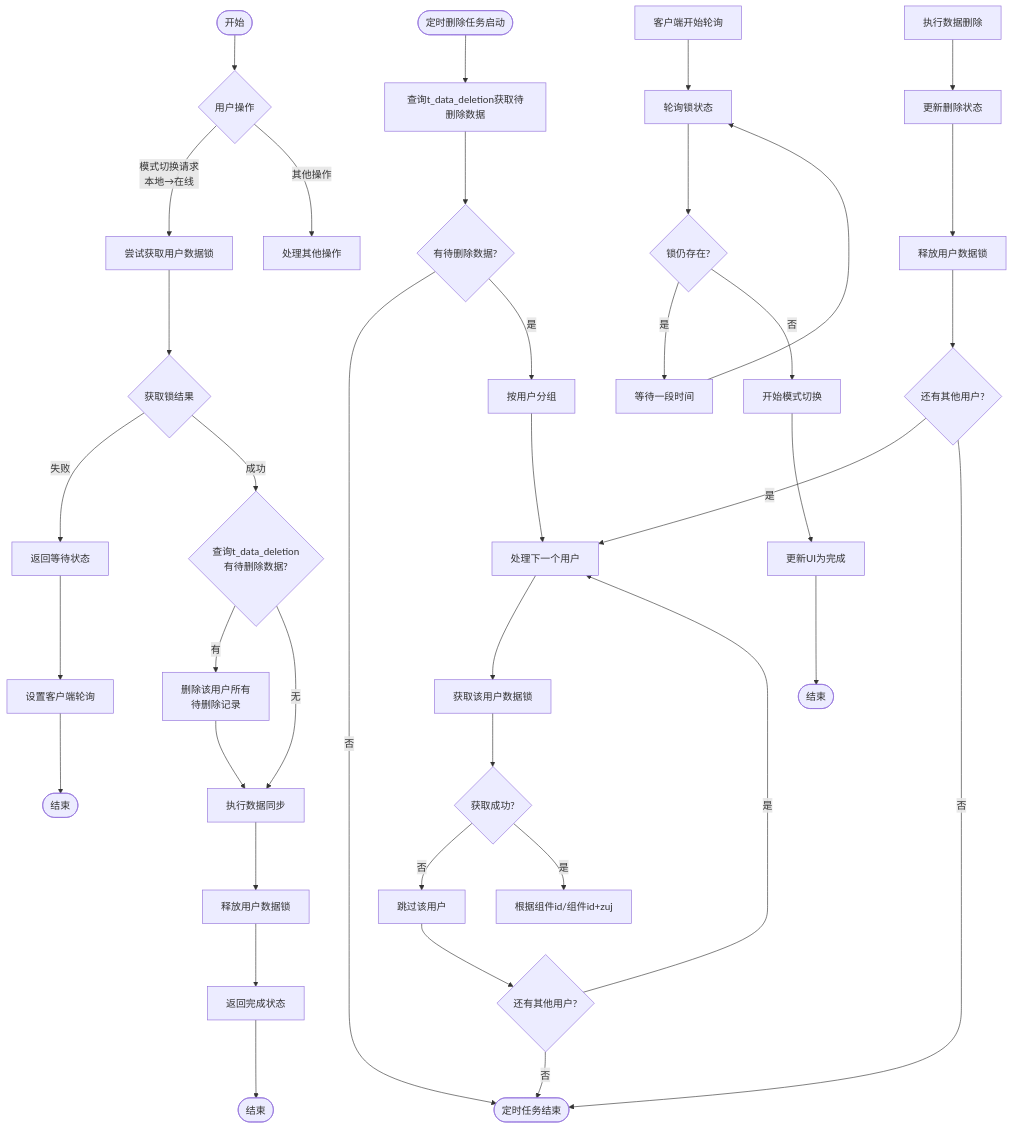
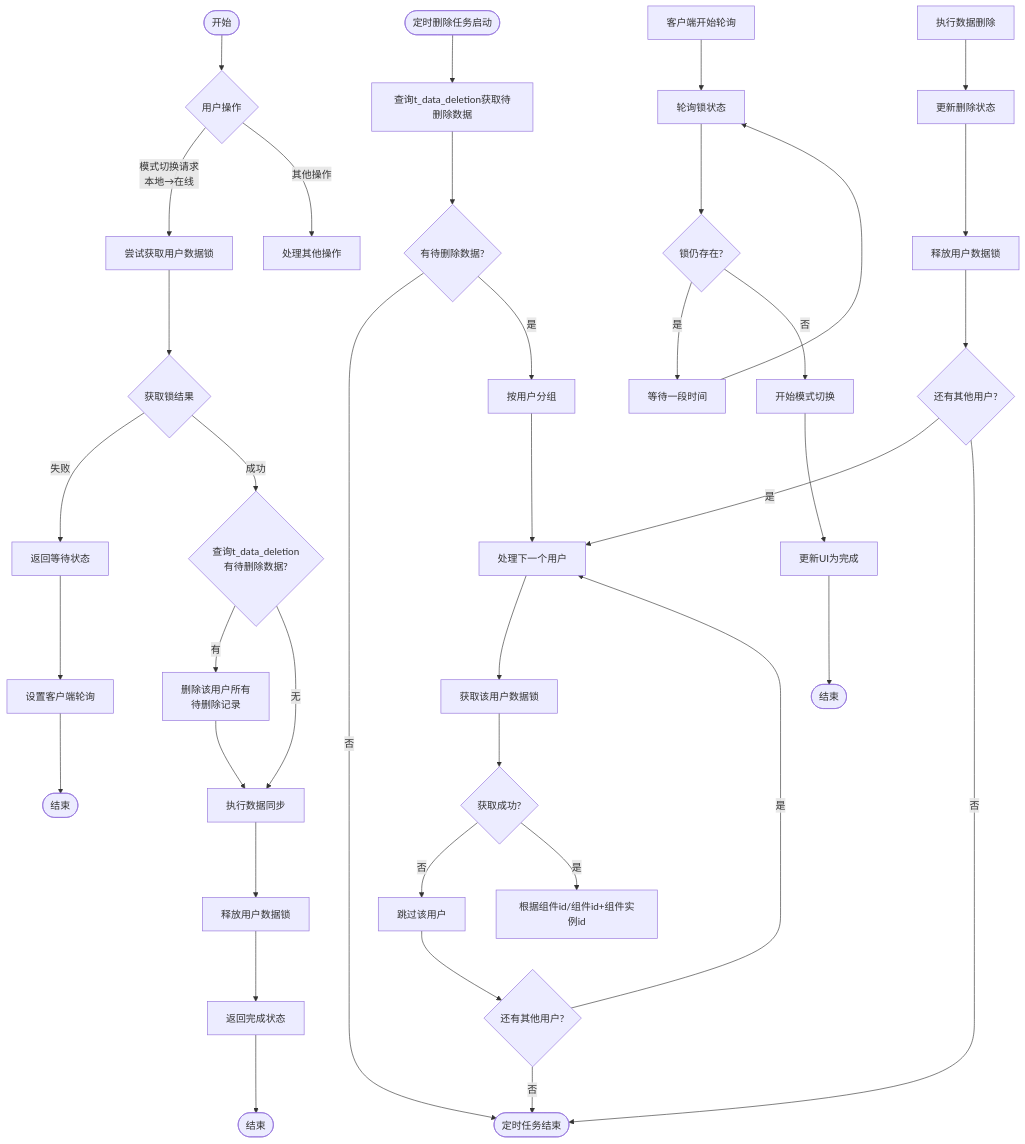
The diagram in all/未命名-57.md (yingjianzh/iodraw-files), drawn with Mermaid before and after one commit.

Commit message:
2025-05-12 11:21:29 update

````diff
--- a/all/未命名-57.md
+++ b/all/未命名-57.md
@@ -1,61 +1,61 @@
 ```mermaid
 flowchart TD
     %% 主要分支
     Start([开始]) --> UserAction{用户操作}
     UserAction -->|模式切换请求\n本地→在线| TryLock[尝试获取用户数据锁]
     UserAction -->|其他操作| OtherOps[处理其他操作]
     
     %% 定时删除任务分支
     ScheduledTask([定时删除任务启动]) --> QueryDeletions[查询t_data_deletion获取待删除数据]
     QueryDeletions --> HasTasks{有待删除数据?}
     HasTasks -->|否| TaskEnd([定时任务结束])
     HasTasks -->|是| GroupByUser[按用户分组]
     
     %% 处理用户数据删除
     GroupByUser --> ProcessNextUser[处理下一个用户]
     ProcessNextUser --> AcquireLock[获取该用户数据锁]
     AcquireLock --> LockSuccess{获取成功?}
     
     LockSuccess -->|否| SkipUser[跳过该用户]
     SkipUser --> MoreUsers1{还有其他用户?}
     MoreUsers1 -->|是| ProcessNextUser
     MoreUsers1 -->|否| TaskEnd
     
-    LockSuccess -->|是| GetData[根据组件id/组件id+zuj]
+    LockSuccess -->|是| GetData[根据组件id/组件id+组件实例id]
     
     DeleteData[执行数据删除]
     DeleteData --> UpdateStatus[更新删除状态]
     UpdateStatus --> ReleaseLock[释放用户数据锁]
     ReleaseLock --> MoreUsers2{还有其他用户?}
     MoreUsers2 -->|是| ProcessNextUser
     MoreUsers2 -->|否| TaskEnd
     
     %% 模式切换流程
     TryLock --> LockResult{获取锁结果}
     
     LockResult -->|失败| ReturnWaiting[返回等待状态]
     ReturnWaiting --> SetupPolling[设置客户端轮询]
     SetupPolling --> End1([结束])
     
     LockResult -->|成功| CheckPendingDeletion{查询t_data_deletion\n有待删除数据?}
     
     CheckPendingDeletion -->|有| RemoveDeletionRecords[删除该用户所有\n待删除记录]
     RemoveDeletionRecords --> PerformSync[执行数据同步]
     
     CheckPendingDeletion -->|无| PerformSync
     
     PerformSync --> ReleaseSwitchLock[释放用户数据锁]
     ReleaseSwitchLock --> ReturnComplete[返回完成状态]
     ReturnComplete --> End2([结束])
     
     %% 客户端轮询
     ClientPolling[客户端开始轮询] --> PollLockStatus[轮询锁状态]
     PollLockStatus --> StillLocked{锁仍存在?}
     
     StillLocked -->|是| WaitInterval[等待一段时间]
     WaitInterval --> PollLockStatus
     
     StillLocked -->|否| StartSwitch[开始模式切换]
     StartSwitch --> CompleteUI[更新UI为完成]
     CompleteUI --> End3([结束])
 ```
````
